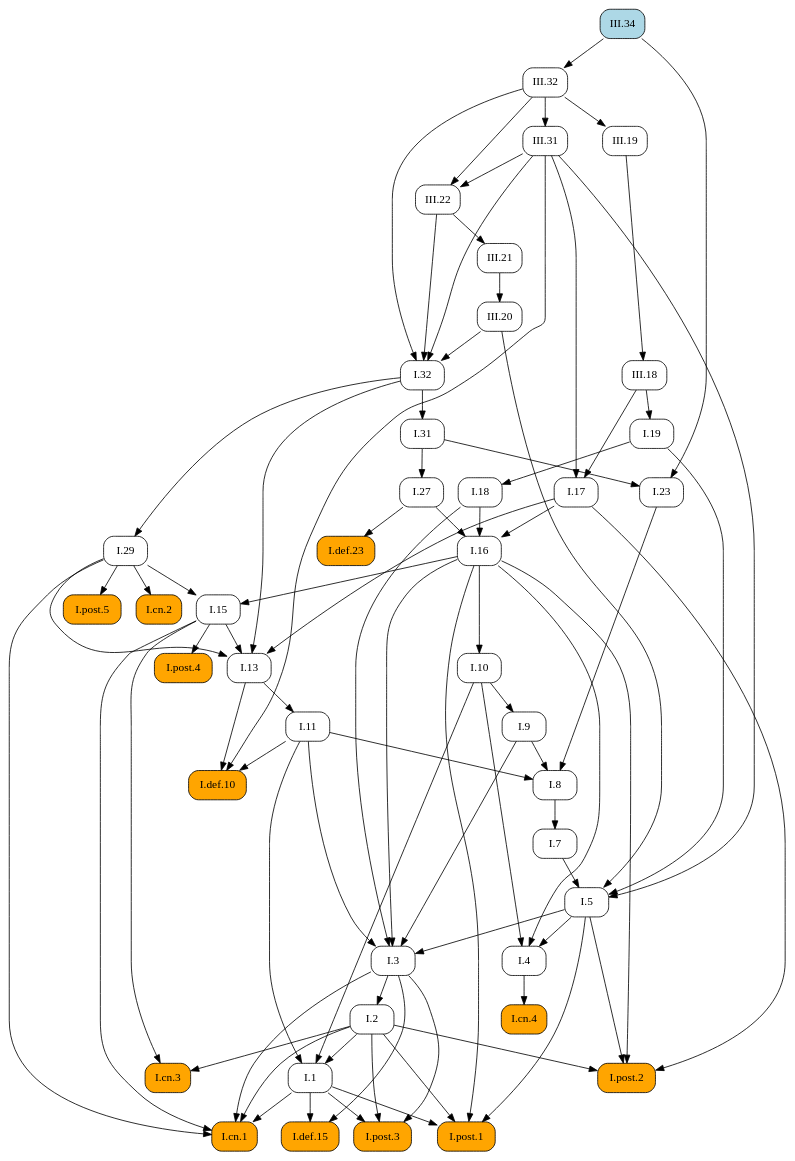
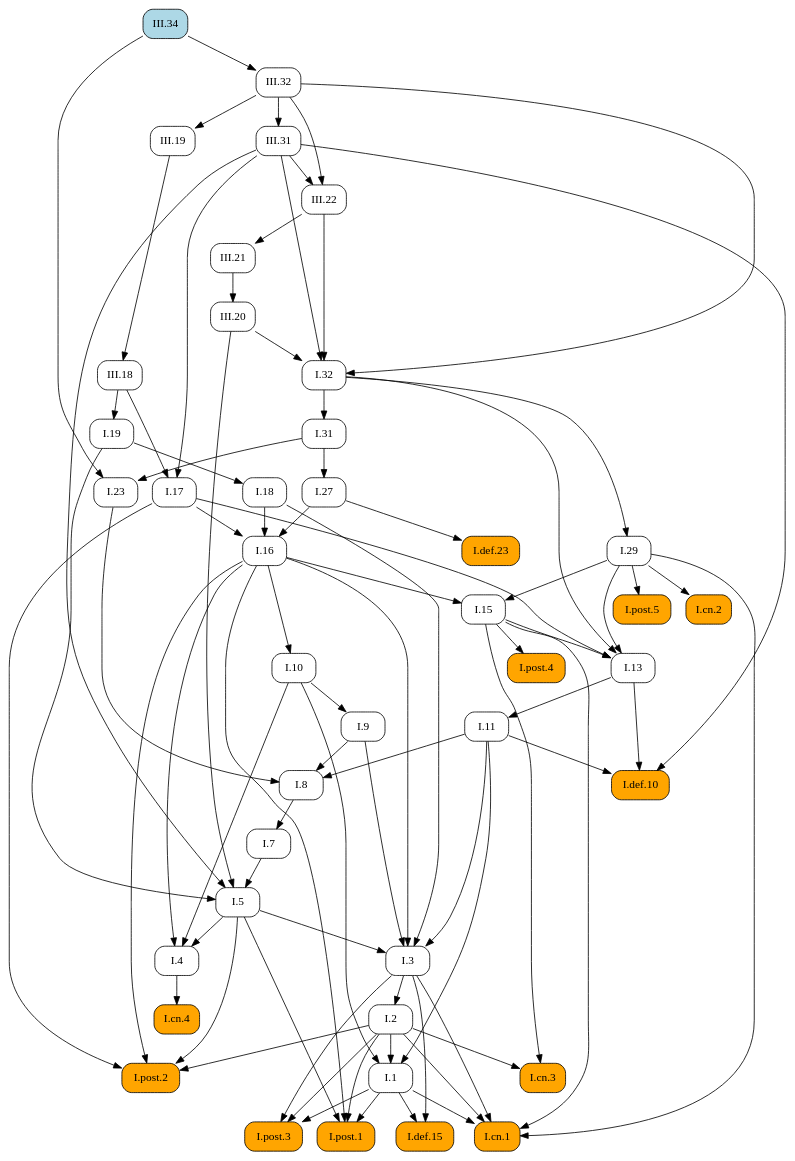
One commit to geometor/elements changed the diagram in docsrc/heath/III/34/index.rst. Above: the diagram before and after it, drawn with Graphviz. The commit also changed other lines of this file and 484 other files, not shown here.

```diff
--- a/docsrc/heath/III/34/index.rst
+++ b/docsrc/heath/III/34/index.rst
@@ -49,126 +49,126 @@
    digraph {
      rankdir="TB";
      node [shape=box, style=rounded];
-     "I.def.10" [style="rounded,filled", fillcolor=orange, URL="/heath/I/def.10/", target="_top"];
-     "I.11" [URL="/heath/I/11/", target="_top"];
-     "I.post.4" [style="rounded,filled", fillcolor=orange, URL="/heath/I/post.4/", target="_top"];
-     "I.1" [URL="/heath/I/1/", target="_top"];
-     "III.32" [URL="/heath/III/32/", target="_top"];
-     "I.29" [URL="/heath/I/29/", target="_top"];
+     "I.23" [URL="/heath/I/23/", target="_top"];
+     "I.9" [URL="/heath/I/9/", target="_top"];
+     "I.32" [URL="/heath/I/32/", target="_top"];
+     "I.def.15" [style="rounded,filled", fillcolor=orange, URL="/heath/I/def.15/", target="_top"];
+     "I.post.3" [style="rounded,filled", fillcolor=orange, URL="/heath/I/post.3/", target="_top"];
+     "I.post.1" [style="rounded,filled", fillcolor=orange, URL="/heath/I/post.1/", target="_top"];
+     "I.19" [URL="/heath/I/19/", target="_top"];
      "III.20" [URL="/heath/III/20/", target="_top"];
      "III.19" [URL="/heath/III/19/", target="_top"];
+     "I.31" [URL="/heath/I/31/", target="_top"];
+     "III.22" [URL="/heath/III/22/", target="_top"];
+     "I.def.10" [style="rounded,filled", fillcolor=orange, URL="/heath/I/def.10/", target="_top"];
+     "I.18" [URL="/heath/I/18/", target="_top"];
+     "I.27" [URL="/heath/I/27/", target="_top"];
+     "I.3" [URL="/heath/I/3/", target="_top"];
+     "I.cn.1" [style="rounded,filled", fillcolor=orange, URL="/heath/I/cn.1/", target="_top"];
+     "III.18" [URL="/heath/III/18/", target="_top"];
+     "I.7" [URL="/heath/I/7/", target="_top"];
+     "III.32" [URL="/heath/III/32/", target="_top"];
+     "I.2" [URL="/heath/I/2/", target="_top"];
+     "I.13" [URL="/heath/I/13/", target="_top"];
+     "I.post.4" [style="rounded,filled", fillcolor=orange, URL="/heath/I/post.4/", target="_top"];
+     "I.4" [URL="/heath/I/4/", target="_top"];
+     "I.1" [URL="/heath/I/1/", target="_top"];
+     "I.5" [URL="/heath/I/5/", target="_top"];
+     "I.17" [URL="/heath/I/17/", target="_top"];
+     "I.8" [URL="/heath/I/8/", target="_top"];
+     "I.29" [URL="/heath/I/29/", target="_top"];
+     "I.cn.3" [style="rounded,filled", fillcolor=orange, URL="/heath/I/cn.3/", target="_top"];
+     "I.16" [URL="/heath/I/16/", target="_top"];
      "III.31" [URL="/heath/III/31/", target="_top"];
+     "I.15" [URL="/heath/I/15/", target="_top"];
+     "III.34" [style="rounded,filled", fillcolor=lightblue, URL="/heath/III/34/", target="_top"];
+     "I.10" [URL="/heath/I/10/", target="_top"];
+     "I.11" [URL="/heath/I/11/", target="_top"];
+     "I.def.23" [style="rounded,filled", fillcolor=orange, URL="/heath/I/def.23/", target="_top"];
      "I.cn.2" [style="rounded,filled", fillcolor=orange, URL="/heath/I/cn.2/", target="_top"];
-     "I.18" [URL="/heath/I/18/", target="_top"];
-     "I.def.15" [style="rounded,filled", fillcolor=orange, URL="/heath/I/def.15/", target="_top"];
-     "I.post.3" [style="rounded,filled", fillcolor=orange, URL="/heath/I/post.3/", target="_top"];
-     "I.cn.1" [style="rounded,filled", fillcolor=orange, URL="/heath/I/cn.1/", target="_top"];
-     "I.cn.3" [style="rounded,filled", fillcolor=orange, URL="/heath/I/cn.3/", target="_top"];
-     "I.23" [URL="/heath/I/23/", target="_top"];
-     "I.post.1" [style="rounded,filled", fillcolor=orange, URL="/heath/I/post.1/", target="_top"];
-     "I.27" [URL="/heath/I/27/", target="_top"];
-     "I.7" [URL="/heath/I/7/", target="_top"];
-     "I.3" [URL="/heath/I/3/", target="_top"];
-     "I.2" [URL="/heath/I/2/", target="_top"];
-     "I.4" [URL="/heath/I/4/", target="_top"];
-     "I.def.23" [style="rounded,filled", fillcolor=orange, URL="/heath/I/def.23/", target="_top"];
-     "I.13" [URL="/heath/I/13/", target="_top"];
-     "I.17" [URL="/heath/I/17/", target="_top"];
-     "I.31" [URL="/heath/I/31/", target="_top"];
+     "I.post.5" [style="rounded,filled", fillcolor=orange, URL="/heath/I/post.5/", target="_top"];
+     "III.21" [URL="/heath/III/21/", target="_top"];
+     "I.cn.4" [style="rounded,filled", fillcolor=orange, URL="/heath/I/cn.4/", target="_top"];
      "I.post.2" [style="rounded,filled", fillcolor=orange, URL="/heath/I/post.2/", target="_top"];
-     "I.16" [URL="/heath/I/16/", target="_top"];
-     "I.19" [URL="/heath/I/19/", target="_top"];
-     "I.9" [URL="/heath/I/9/", target="_top"];
-     "I.8" [URL="/heath/I/8/", target="_top"];
-     "I.32" [URL="/heath/I/32/", target="_top"];
-     "I.cn.4" [style="rounded,filled", fillcolor=orange, URL="/heath/I/cn.4/", target="_top"];
-     "I.15" [URL="/heath/I/15/", target="_top"];
-     "III.21" [URL="/heath/III/21/", target="_top"];
-     "III.22" [URL="/heath/III/22/", target="_top"];
-     "I.post.5" [style="rounded,filled", fillcolor=orange, URL="/heath/I/post.5/", target="_top"];
-     "I.10" [URL="/heath/I/10/", target="_top"];
-     "III.18" [URL="/heath/III/18/", target="_top"];
-     "I.5" [URL="/heath/I/5/", target="_top"];
-     "III.34" [style="rounded,filled", fillcolor=lightblue, URL="/heath/III/34/", target="_top"];
-     "I.11" -> "I.def.10";
-     "I.13" -> "I.def.10";
-     "III.31" -> "I.def.10";
-     "I.13" -> "I.11";
-     "I.15" -> "I.post.4";
-     "I.2" -> "I.1";
-     "I.10" -> "I.1";
-     "I.11" -> "I.1";
-     "III.34" -> "III.32";
-     "I.32" -> "I.29";
-     "III.21" -> "III.20";
-     "III.32" -> "III.19";
-     "III.32" -> "III.31";
-     "I.29" -> "I.cn.2";
-     "I.19" -> "I.18";
+     "I.31" -> "I.23";
+     "III.34" -> "I.23";
+     "I.10" -> "I.9";
+     "III.20" -> "I.32";
+     "III.22" -> "I.32";
+     "III.31" -> "I.32";
+     "III.32" -> "I.32";
      "I.1" -> "I.def.15";
      "I.3" -> "I.def.15";
      "I.1" -> "I.post.3";
      "I.2" -> "I.post.3";
      "I.3" -> "I.post.3";
+     "I.1" -> "I.post.1";
+     "I.2" -> "I.post.1";
+     "I.5" -> "I.post.1";
+     "I.16" -> "I.post.1";
+     "III.18" -> "I.19";
+     "III.21" -> "III.20";
+     "III.32" -> "III.19";
+     "I.32" -> "I.31";
+     "III.31" -> "III.22";
+     "III.32" -> "III.22";
+     "I.11" -> "I.def.10";
+     "I.13" -> "I.def.10";
+     "III.31" -> "I.def.10";
+     "I.19" -> "I.18";
+     "I.31" -> "I.27";
+     "I.5" -> "I.3";
+     "I.9" -> "I.3";
+     "I.11" -> "I.3";
+     "I.16" -> "I.3";
+     "I.18" -> "I.3";
      "I.1" -> "I.cn.1";
      "I.2" -> "I.cn.1";
      "I.3" -> "I.cn.1";
      "I.15" -> "I.cn.1";
      "I.29" -> "I.cn.1";
-     "I.2" -> "I.cn.3";
-     "I.15" -> "I.cn.3";
-     "I.31" -> "I.23";
-     "III.34" -> "I.23";
-     "I.1" -> "I.post.1";
-     "I.2" -> "I.post.1";
-     "I.5" -> "I.post.1";
-     "I.16" -> "I.post.1";
-     "I.31" -> "I.27";
+     "III.19" -> "III.18";
      "I.8" -> "I.7";
-     "I.5" -> "I.3";
-     "I.9" -> "I.3";
-     "I.11" -> "I.3";
-     "I.16" -> "I.3";
-     "I.18" -> "I.3";
+     "III.34" -> "III.32";
      "I.3" -> "I.2";
-     "I.5" -> "I.4";
-     "I.10" -> "I.4";
-     "I.16" -> "I.4";
-     "I.27" -> "I.def.23";
      "I.15" -> "I.13";
      "I.17" -> "I.13";
      "I.29" -> "I.13";
      "I.32" -> "I.13";
+     "I.15" -> "I.post.4";
+     "I.5" -> "I.4";
+     "I.10" -> "I.4";
+     "I.16" -> "I.4";
+     "I.2" -> "I.1";
+     "I.10" -> "I.1";
+     "I.11" -> "I.1";
+     "I.7" -> "I.5";
+     "I.19" -> "I.5";
+     "III.20" -> "I.5";
+     "III.31" -> "I.5";
      "III.18" -> "I.17";
      "III.31" -> "I.17";
-     "I.32" -> "I.31";
+     "I.9" -> "I.8";
+     "I.11" -> "I.8";
+     "I.23" -> "I.8";
+     "I.32" -> "I.29";
+     "I.2" -> "I.cn.3";
+     "I.15" -> "I.cn.3";
+     "I.17" -> "I.16";
+     "I.18" -> "I.16";
+     "I.27" -> "I.16";
+     "III.32" -> "III.31";
+     "I.16" -> "I.15";
+     "I.29" -> "I.15";
+     "I.16" -> "I.10";
+     "I.13" -> "I.11";
+     "I.27" -> "I.def.23";
+     "I.29" -> "I.cn.2";
+     "I.29" -> "I.post.5";
+     "III.22" -> "III.21";
+     "I.4" -> "I.cn.4";
      "I.2" -> "I.post.2";
      "I.5" -> "I.post.2";
      "I.16" -> "I.post.2";
      "I.17" -> "I.post.2";
-     "I.17" -> "I.16";
-     "I.18" -> "I.16";
-     "I.27" -> "I.16";
-     "III.18" -> "I.19";
-     "I.10" -> "I.9";
-     "I.9" -> "I.8";
-     "I.11" -> "I.8";
-     "I.23" -> "I.8";
-     "III.20" -> "I.32";
-     "III.22" -> "I.32";
-     "III.31" -> "I.32";
-     "III.32" -> "I.32";
-     "I.4" -> "I.cn.4";
-     "I.16" -> "I.15";
-     "I.29" -> "I.15";
-     "III.22" -> "III.21";
-     "III.31" -> "III.22";
-     "III.32" -> "III.22";
-     "I.29" -> "I.post.5";
-     "I.16" -> "I.10";
-     "III.19" -> "III.18";
-     "I.7" -> "I.5";
-     "I.19" -> "I.5";
-     "III.20" -> "I.5";
-     "III.31" -> "I.5";
    }
```
